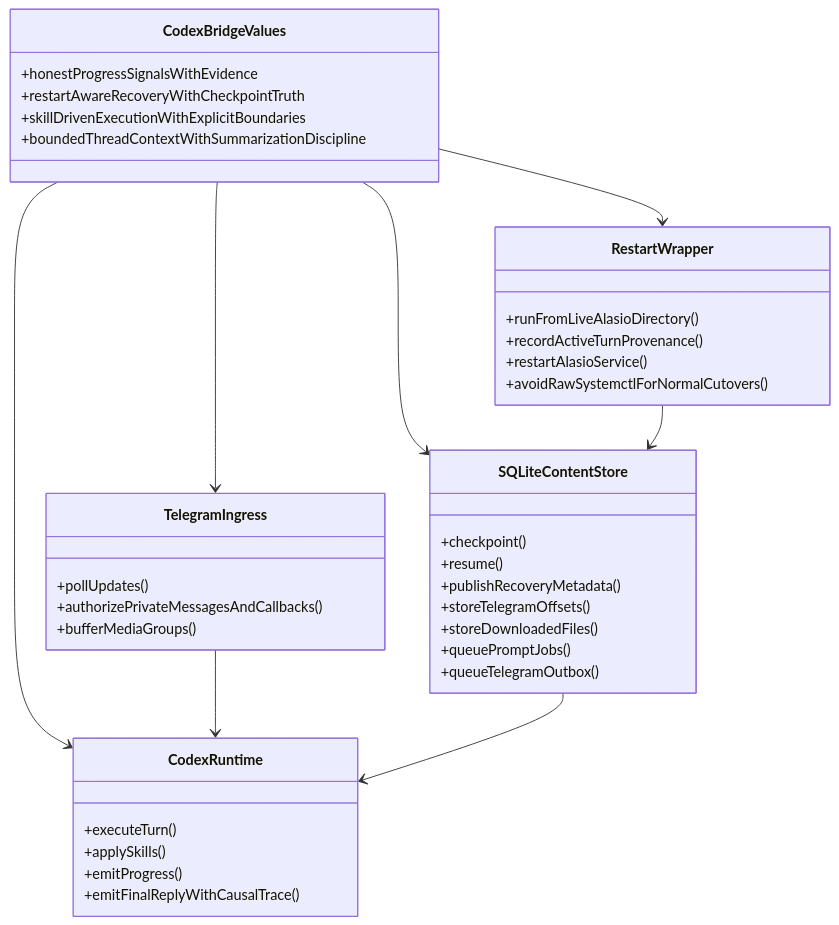
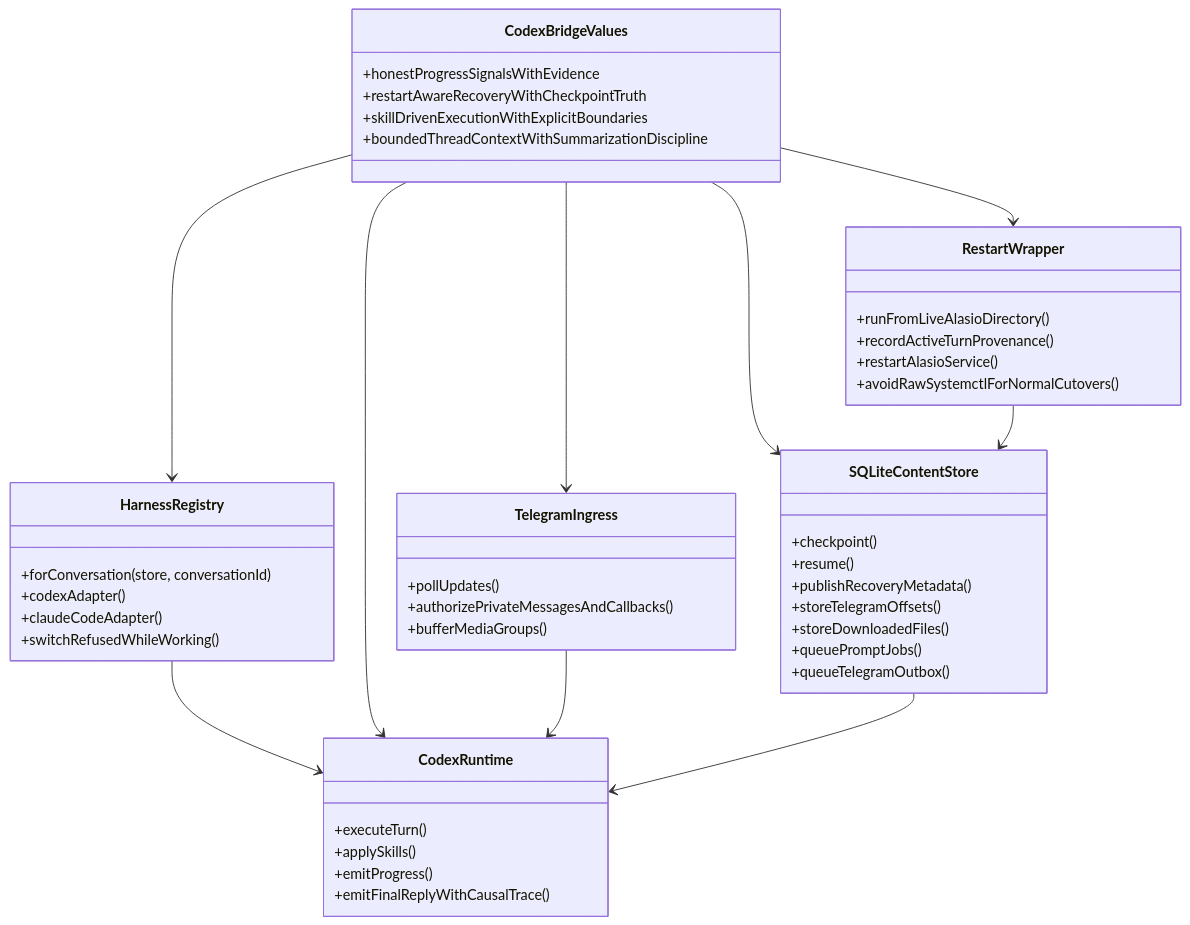
Before and after one commit to eaucoin/alasio: the second of 3 diagrams in README.md, drawn with Mermaid. The commit also changed other lines of this file and 39 other files, not shown here.

````diff
--- a/README.md
+++ b/README.md
@@ -66,42 +80,50 @@
 ```mermaid
 classDiagram
   class CodexBridgeValues {
     +honestProgressSignalsWithEvidence
     +restartAwareRecoveryWithCheckpointTruth
     +skillDrivenExecutionWithExplicitBoundaries
     +boundedThreadContextWithSummarizationDiscipline
+  }
+  class HarnessRegistry {
+    +forConversation(store, conversationId)
+    +codexAdapter()
+    +claudeCodeAdapter()
+    +switchRefusedWhileWorking()
   }
   class TelegramIngress {
     +pollUpdates()
     +authorizePrivateMessagesAndCallbacks()
     +bufferMediaGroups()
   }
   class CodexRuntime {
     +executeTurn()
     +applySkills()
     +emitProgress()
     +emitFinalReplyWithCausalTrace()
   }
   class SQLiteContentStore {
     +checkpoint()
     +resume()
     +publishRecoveryMetadata()
     +storeTelegramOffsets()
     +storeDownloadedFiles()
     +queuePromptJobs()
     +queueTelegramOutbox()
   }
   class RestartWrapper {
     +runFromLiveAlasioDirectory()
     +recordActiveTurnProvenance()
     +restartAlasioService()
     +avoidRawSystemctlForNormalCutovers()
   }
   CodexBridgeValues --> TelegramIngress
+  CodexBridgeValues --> HarnessRegistry
+  HarnessRegistry --> CodexRuntime
   CodexBridgeValues --> CodexRuntime
   CodexBridgeValues --> SQLiteContentStore
   CodexBridgeValues --> RestartWrapper
   TelegramIngress --> CodexRuntime
   SQLiteContentStore --> CodexRuntime
   RestartWrapper --> SQLiteContentStore
 ```
````
